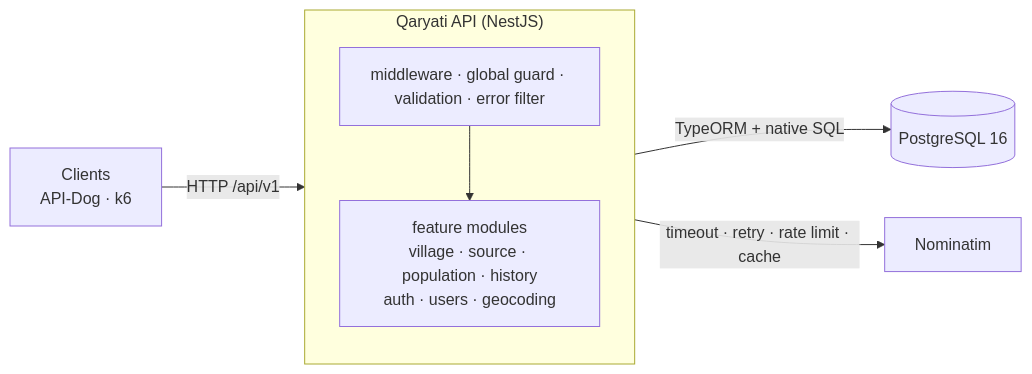
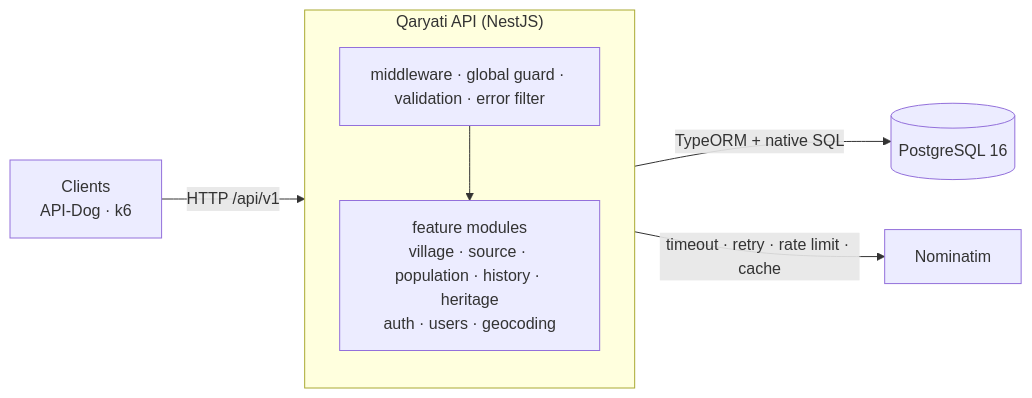
The diagram in README.md (qaryati-Org/qaryati), drawn with Mermaid before and after one commit. The commit also changed 1 other file, not shown here.

Commit message:
docs(architecture): show heritage module as merged

````diff
--- a/README.md
+++ b/README.md
@@ -85,12 +85,12 @@
 ```mermaid
 flowchart LR
     C[Clients<br/>API-Dog · k6] -- "HTTP /api/v1" --> API
     subgraph API["Qaryati API (NestJS)"]
         direction TB
         MW[middleware · global guard · validation · error filter]
-        M[feature modules<br/>village · source · population · history<br/>auth · users · geocoding]
+        M[feature modules<br/>village · source · population · history · heritage<br/>auth · users · geocoding]
         MW --> M
     end
     API -- "TypeORM + native SQL" --> DB[(PostgreSQL 16)]
     API -- "timeout · retry · rate limit · cache" --> N[Nominatim]
 ```
````
